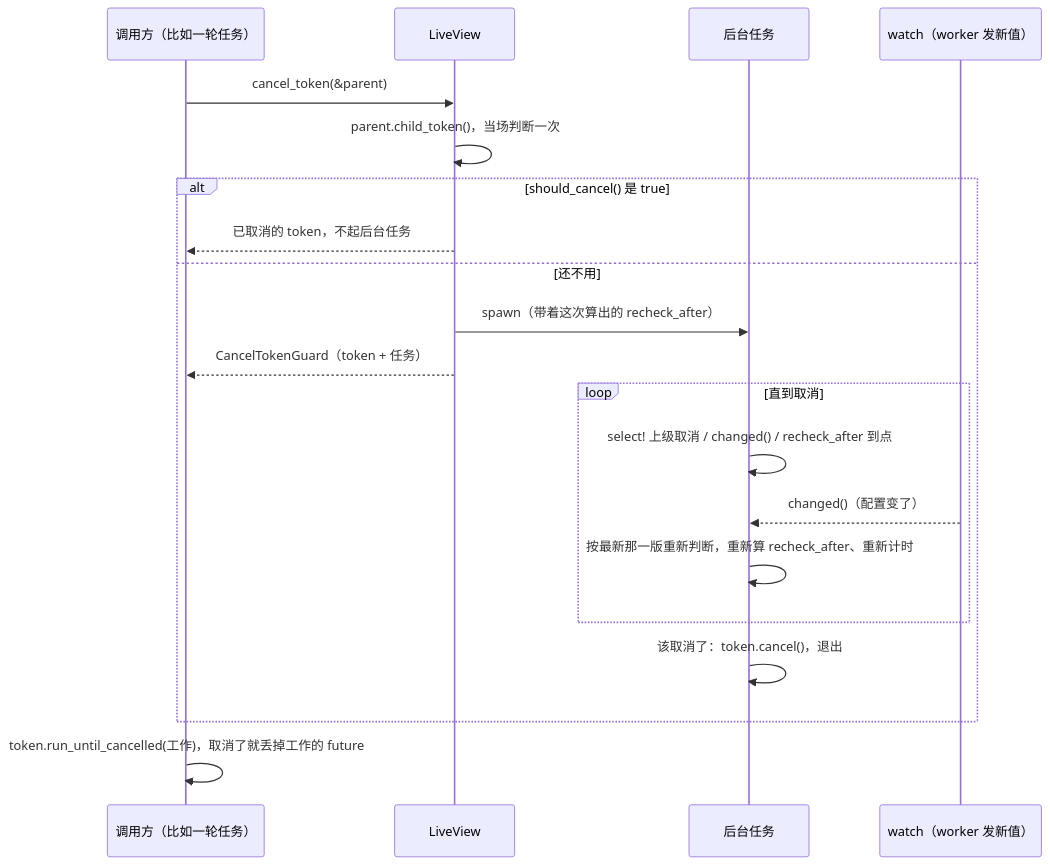
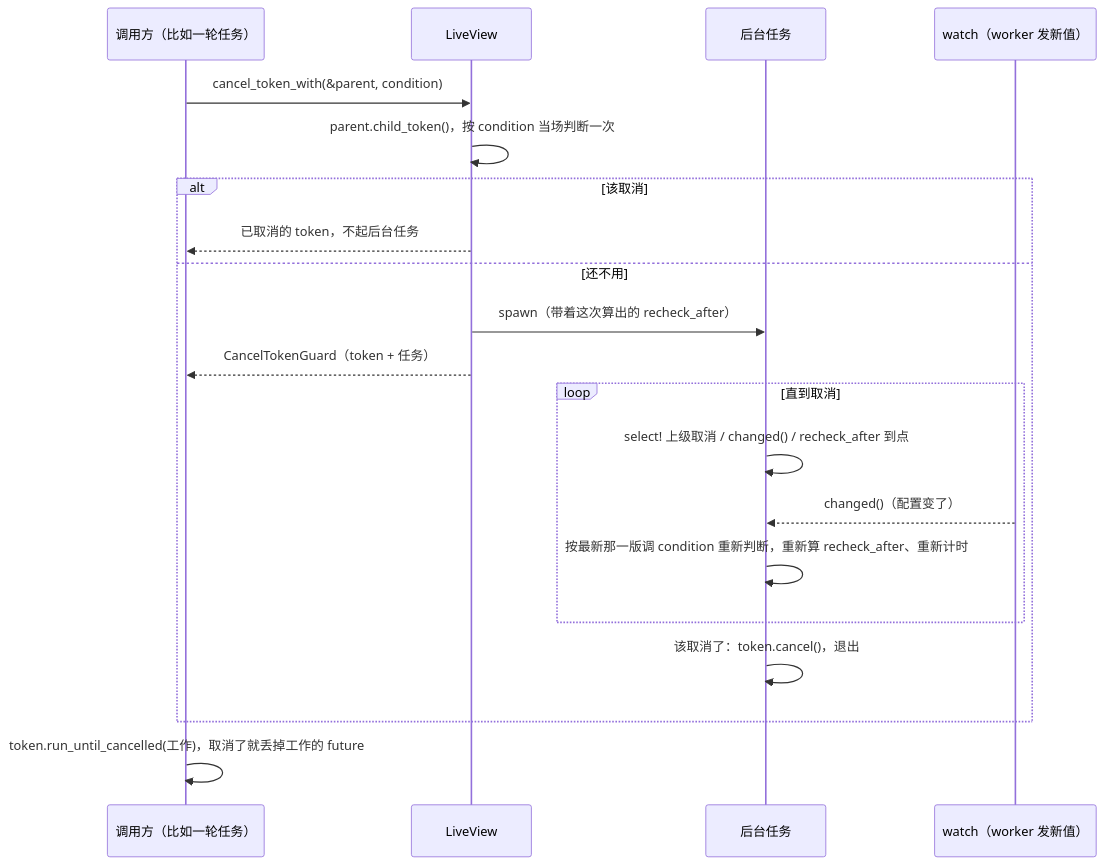
One commit to tpxxwz/hygiea changed the eighth of 8 diagrams in docs/design/live-config.md. Above: the diagram before and after it, drawn with Mermaid. The commit also changed other lines of this file and 11 other files, not shown here.

First line of the commit message:
feat(live-config): 加 cancel_token_with，取消规则由调用方给

````diff
--- a/docs/design/live-config.md
+++ b/docs/design/live-config.md
@@ -228,23 +229,23 @@
 ```mermaid
 sequenceDiagram
     participant J as 调用方（比如一轮任务）
     participant V as LiveView
     participant T as 后台任务
     participant W as watch（worker 发新值）
 
-    J->>V: cancel_token(&parent)
-    V->>V: parent.child_token()，当场判断一次
-    alt should_cancel() 是 true
+    J->>V: cancel_token_with(&parent, condition)
+    V->>V: parent.child_token()，按 condition 当场判断一次
+    alt 该取消
         V-->>J: 已取消的 token，不起后台任务
     else 还不用
         V->>T: spawn（带着这次算出的 recheck_after）
         V-->>J: CancelTokenGuard（token + 任务）
         loop 直到取消
             T->>T: select! 上级取消 / changed() / recheck_after 到点
             W-->>T: changed()（配置变了）
-            T->>T: 按最新那一版重新判断，重新算 recheck_after、重新计时
+            T->>T: 按最新那一版调 condition 重新判断，重新算 recheck_after、重新计时
         end
         T->>T: 该取消了：token.cancel()，退出
     end
     J->>J: token.run_until_cancelled(工作)，取消了就丢掉工作的 future
 ```
````
